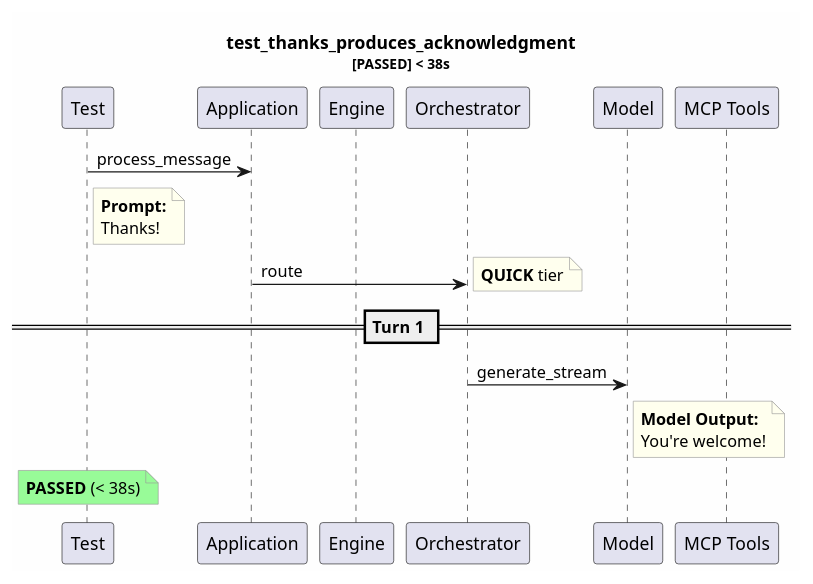
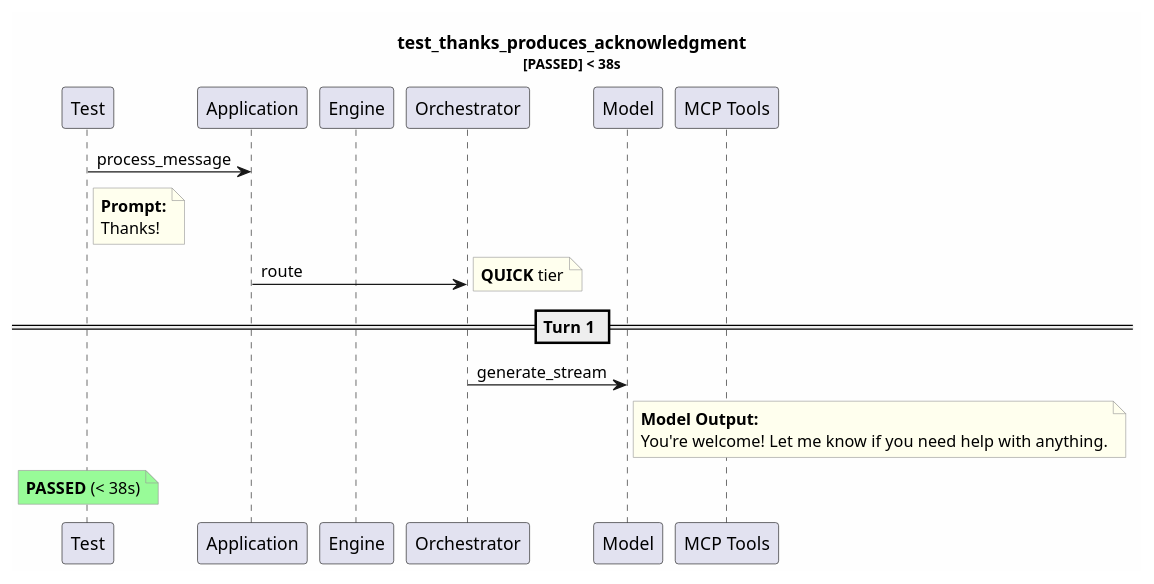
One commit to tvanfossen/entropic changed the diagram in test-reports/logs/test_thanks_produces_acknowledgment/test_thanks_produces_acknowledgment.puml. Above: the diagram before and after it, drawn with PlantUML. The commit also changed 35 other files, not shown here.

```diff
--- a/test-reports/logs/test_thanks_produces_acknowledgment/test_thanks_produces_acknowledgment.puml
+++ b/test-reports/logs/test_thanks_produces_acknowledgment/test_thanks_produces_acknowledgment.puml
@@ -1,31 +1,31 @@
 @startuml
 skinparam backgroundColor #FEFEFE
 skinparam noteBorderColor #999999
 skinparam noteBackgroundColor #FFFFEE
 title test_thanks_produces_acknowledgment\n<size:11>[PASSED] < 38s</size>
 
 participant "Test" as T
 participant "Application" as App
 participant "Engine" as Eng
 participant "Orchestrator" as Orch
 participant "Model" as Mdl
 participant "MCP Tools" as MCP
 
 T -> App: process_message
 note right of T
   **Prompt:**
   Thanks!
 end note
 App -> Orch: route
 note right: **QUICK** tier
 == Turn 1 ==
 Orch -> Mdl: generate_stream
 note right of Mdl
   **Model Output:**
-  You're welcome!
+  You're welcome! Let me know if you need help with anything.
 end note
 note over T #palegreen
   **PASSED** (< 38s)
 end note
 
 @enduml
```
